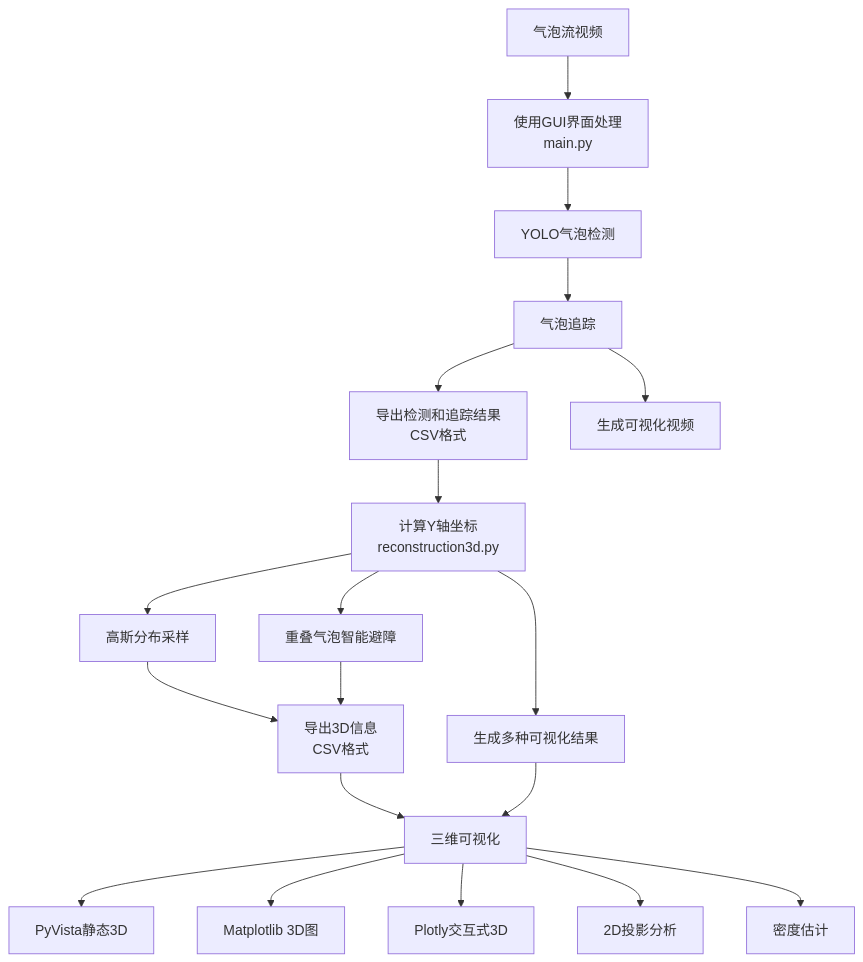
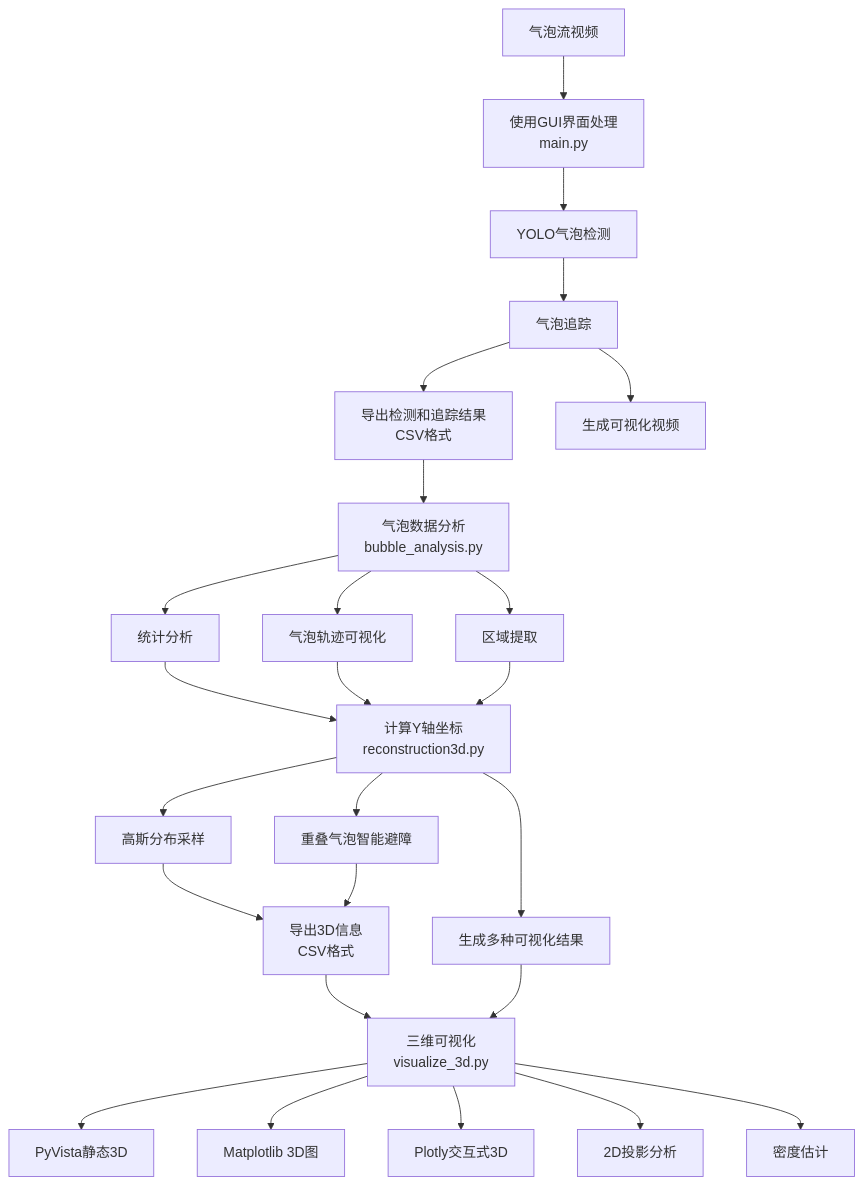
The first of 2 diagrams in README.md (AI4CT/BFRM), drawn with Mermaid before and after one commit. The commit also changed other lines of this file and 3 other files, not shown here.

````diff
--- a/README.md
+++ b/README.md
@@ -78,21 +93,27 @@
 ```mermaid
 graph TD
     A[气泡流视频] --> B[使用GUI界面处理<br>main.py]
     B --> C[YOLO气泡检测]
     C --> D[气泡追踪]
     D --> E1[导出检测和追踪结果<br>CSV格式]
     D --> E2[生成可视化视频]
-    E1 --> F[计算Y轴坐标<br>reconstruction3d.py]
-    F --> F1[高斯分布采样]
-    F --> F2[重叠气泡智能避障]
-    F1 --> G1[导出3D信息<br>CSV格式]
-    F2 --> G1
-    F --> G2[生成多种可视化结果]
-    G1 --> H[三维可视化]
+    E1 --> F0[气泡数据分析<br>bubble_analysis.py]
+    F0 --> F01[统计分析]
+    F0 --> F02[气泡轨迹可视化]
+    F0 --> F03[区域提取]
+    F01 --> F1[计算Y轴坐标<br>reconstruction3d.py]
+    F02 --> F1
+    F03 --> F1
+    F1 --> F1a[高斯分布采样]
+    F1 --> F1b[重叠气泡智能避障]
+    F1a --> G1[导出3D信息<br>CSV格式]
+    F1b --> G1
+    F1 --> G2[生成多种可视化结果]
+    G1 --> H[三维可视化<br>visualize_3d.py]
     G2 --> H
     H --> I1[PyVista静态3D]
     H --> I2[Matplotlib 3D图]
     H --> I3[Plotly交互式3D]
     H --> I4[2D投影分析]
     H --> I5[密度估计]
 ```
````
